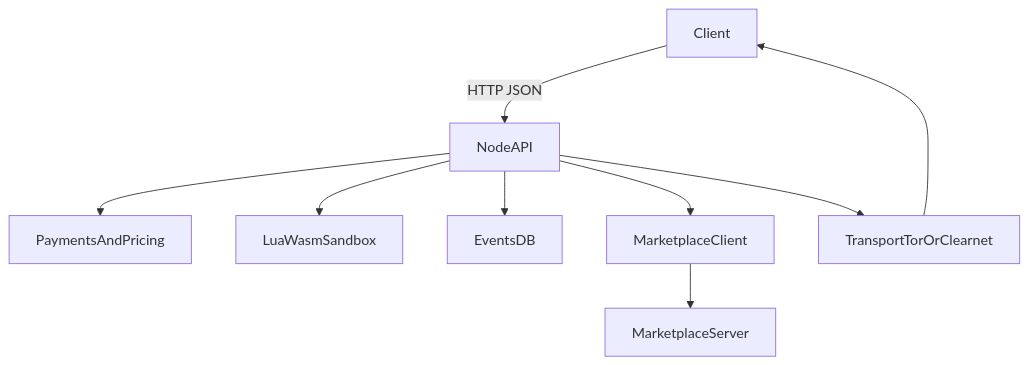
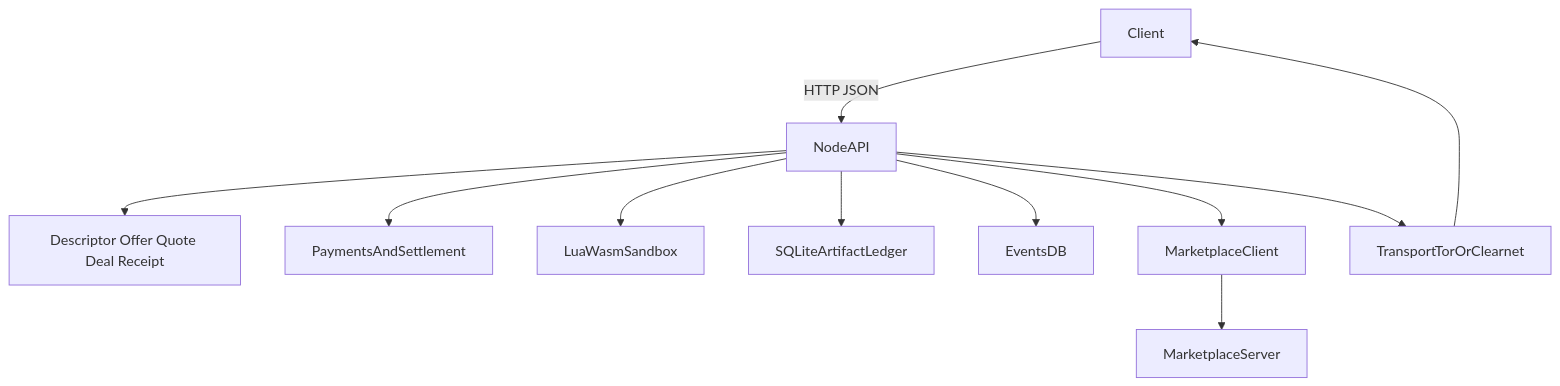
Before and after one commit to armanas/froglet: the diagram in README.md, drawn with Mermaid. The commit also changed other lines of this file and 30 other files, not shown here.

````diff
--- a/README.md
+++ b/README.md
@@ -87,11 +104,13 @@
 ```mermaid
 flowchart TD
   client[Client] -->|HTTP JSON| nodeApi[NodeAPI]
-  nodeApi --> payments[PaymentsAndPricing]
+  nodeApi --> protocol[Descriptor Offer Quote Deal Receipt]
+  nodeApi --> payments[PaymentsAndSettlement]
   nodeApi --> sandbox[LuaWasmSandbox]
+  nodeApi --> ledger[SQLiteArtifactLedger]
   nodeApi --> eventsDB[EventsDB]
   nodeApi --> marketplaceClient[MarketplaceClient]
   marketplaceClient --> marketplaceServer[MarketplaceServer]
   nodeApi --> transport[TransportTorOrClearnet]
   transport --> client
 ```
````
